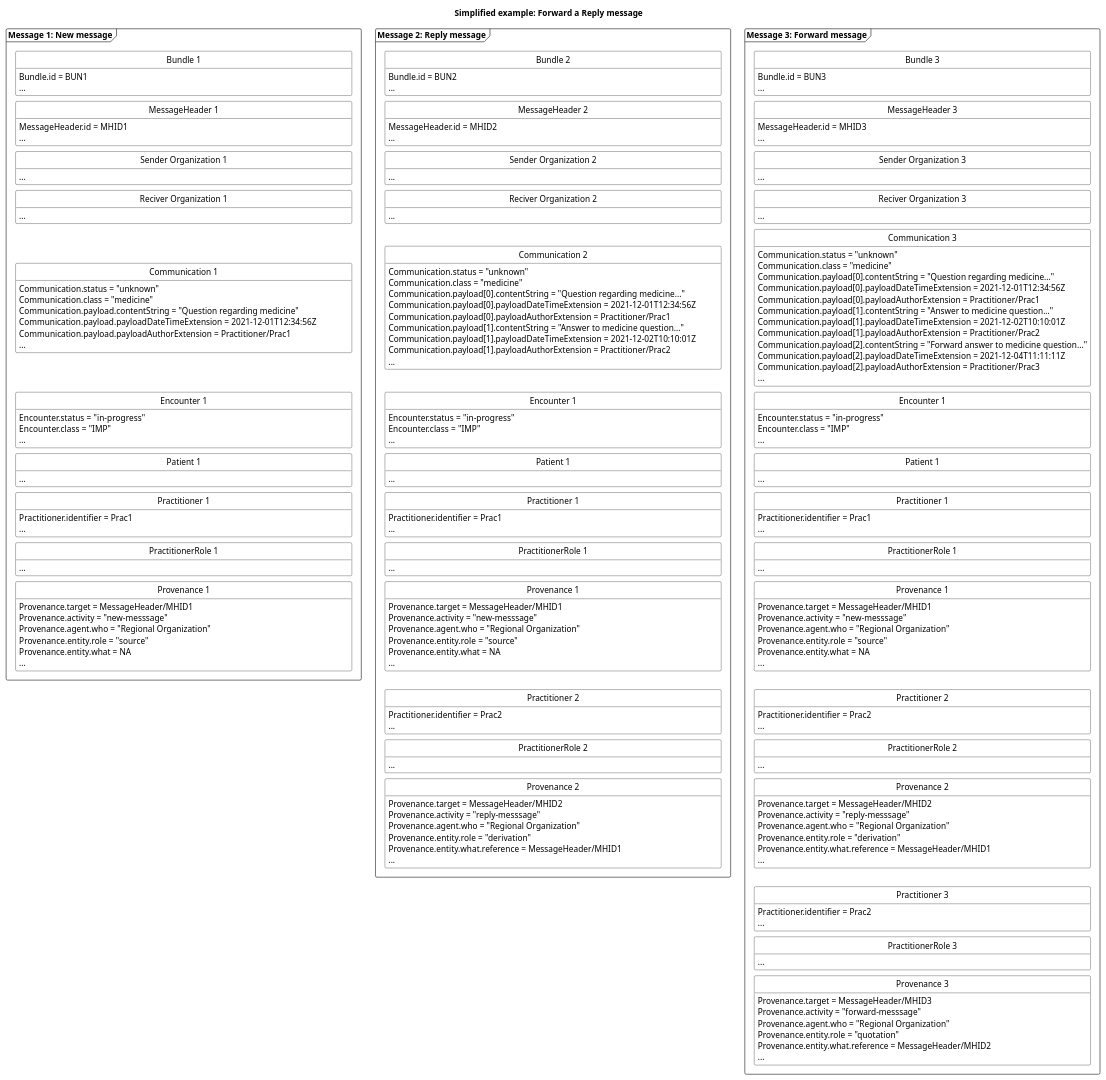
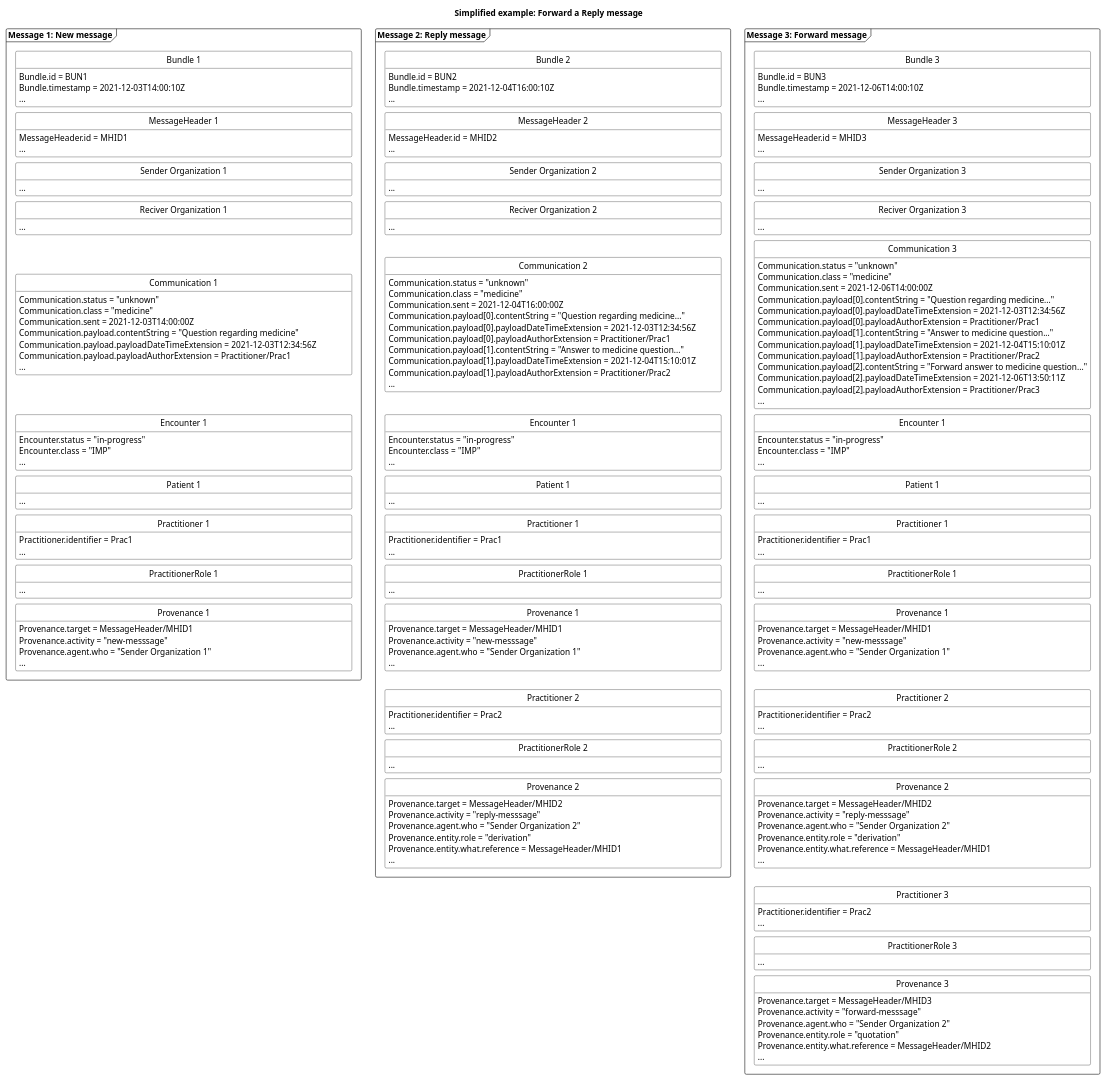
One commit to medcomdk/dk-medcom-carecommunication changed the diagram in puml/CareCommunicationForwardReplyMessage.puml. Above: the diagram before and after it, drawn with PlantUML. The commit also changed 30 other files, not shown here.

```diff
--- a/puml/CareCommunicationForwardReplyMessage.puml
+++ b/puml/CareCommunicationForwardReplyMessage.puml
@@ -19,6 +19,7 @@
 package "Message 1: New message" as new <<Frame>>{
     class "Bundle 1" as newB {
         Bundle.id = BUN1
+        Bundle.timestamp = 2021-12-03T14:00:10Z
         ...
     }
     class "MessageHeader 1" as newMH{
@@ -34,8 +35,9 @@
     class "Communication 1" as newCom{
         Communication.status = "unknown"
         Communication.class = "medicine"
+        Communication.sent = 2021-12-03T14:00:00Z
         Communication.payload.contentString = "Question regarding medicine"
-        Communication.payload.payloadDateTimeExtension = 2021-12-01T12:34:56Z
+        Communication.payload.payloadDateTimeExtension = 2021-12-03T12:34:56Z
         Communication.payload.payloadAuthorExtension = Practitioner/Prac1
         ...
     }
@@ -57,9 +59,7 @@
     class "Provenance 1" as newPRO{
         Provenance.target = MessageHeader/MHID1
         Provenance.activity = "new-messsage"
-        Provenance.agent.who = "Regional Organization"
-        Provenance.entity.role = "source"
-        Provenance.entity.what = NA
+        Provenance.agent.who = "Sender Organization 1"
         ...
     }
 
@@ -81,6 +81,7 @@
 package "Message 2: Reply message" as reply <<Frame>>{
     class "Bundle 2" as replyB {
         Bundle.id = BUN2
+        Bundle.timestamp = 2021-12-04T16:00:10Z
         ...
     }
     class "MessageHeader 2" as replyMH{
@@ -96,11 +97,12 @@
     class "Communication 2" as newreplyCom{
         Communication.status = "unknown"
         Communication.class = "medicine"
+        Communication.sent = 2021-12-04T16:00:00Z
         Communication.payload[0].contentString = "Question regarding medicine..."
-        Communication.payload[0].payloadDateTimeExtension = 2021-12-01T12:34:56Z
+        Communication.payload[0].payloadDateTimeExtension = 2021-12-03T12:34:56Z
         Communication.payload[0].payloadAuthorExtension = Practitioner/Prac1
         Communication.payload[1].contentString = "Answer to medicine question..."
-        Communication.payload[1].payloadDateTimeExtension = 2021-12-02T10:10:01Z
+        Communication.payload[1].payloadDateTimeExtension = 2021-12-04T15:10:01Z
         Communication.payload[1].payloadAuthorExtension = Practitioner/Prac2
         ...
     }
@@ -122,9 +124,7 @@
     class "Provenance 1" as newreplyPRO{
         Provenance.target = MessageHeader/MHID1
         Provenance.activity = "new-messsage"
-        Provenance.agent.who = "Regional Organization"
-        Provenance.entity.role = "source"
-        Provenance.entity.what = NA
+        Provenance.agent.who = "Sender Organization 1"
         ...
     }
     class "Practitioner 2" as replyPrac{
@@ -137,7 +137,7 @@
     class "Provenance 2" as replyPRO{
         Provenance.target = MessageHeader/MHID2
         Provenance.activity = "reply-messsage"
-        Provenance.agent.who = "Regional Organization"
+        Provenance.agent.who = "Sender Organization 2"
         Provenance.entity.role = "derivation"
         Provenance.entity.what.reference = MessageHeader/MHID1
         ...
@@ -164,6 +164,7 @@
 package "Message 3: Forward message" as forward <<Frame>>{
     class "Bundle 3" as forwardB {
         Bundle.id = BUN3
+        Bundle.timestamp = 2021-12-06T14:00:10Z
         ...
     }
     class "MessageHeader 3" as forwardMH{
@@ -179,14 +180,15 @@
     class "Communication 3" as newforwardCom{
         Communication.status = "unknown"
         Communication.class = "medicine"
+        Communication.sent = 2021-12-06T14:00:00Z
         Communication.payload[0].contentString = "Question regarding medicine..."
-        Communication.payload[0].payloadDateTimeExtension = 2021-12-01T12:34:56Z
+        Communication.payload[0].payloadDateTimeExtension = 2021-12-03T12:34:56Z
         Communication.payload[0].payloadAuthorExtension = Practitioner/Prac1
         Communication.payload[1].contentString = "Answer to medicine question..."
-        Communication.payload[1].payloadDateTimeExtension = 2021-12-02T10:10:01Z
+        Communication.payload[1].payloadDateTimeExtension = 2021-12-04T15:10:01Z
         Communication.payload[1].payloadAuthorExtension = Practitioner/Prac2
         Communication.payload[2].contentString = "Forward answer to medicine question..."
-        Communication.payload[2].payloadDateTimeExtension = 2021-12-04T11:11:11Z
+        Communication.payload[2].payloadDateTimeExtension = 2021-12-06T13:50:11Z
         Communication.payload[2].payloadAuthorExtension = Practitioner/Prac3
         ...
     }
@@ -208,9 +210,7 @@
     class "Provenance 1" as newforwardPRO{
         Provenance.target = MessageHeader/MHID1
         Provenance.activity = "new-messsage"
-        Provenance.agent.who = "Regional Organization"
-        Provenance.entity.role = "source"
-        Provenance.entity.what = NA
+        Provenance.agent.who = "Sender Organization 1"
         ...
     }
     class "Practitioner 2" as replyforwardPrac{
@@ -223,7 +223,7 @@
     class "Provenance 2" as replyforwardPRO{
         Provenance.target = MessageHeader/MHID2
         Provenance.activity = "reply-messsage"
-        Provenance.agent.who = "Regional Organization"
+        Provenance.agent.who = "Sender Organization 2"
         Provenance.entity.role = "derivation"
         Provenance.entity.what.reference = MessageHeader/MHID1
         ...
@@ -238,7 +238,7 @@
     class "Provenance 3" as forwardPRO{
         Provenance.target = MessageHeader/MHID3
         Provenance.activity = "forward-messsage"
-        Provenance.agent.who = "Regional Organization"
+        Provenance.agent.who = "Sender Organization 2"
         Provenance.entity.role = "quotation"
         Provenance.entity.what.reference = MessageHeader/MHID2
         ...
```
